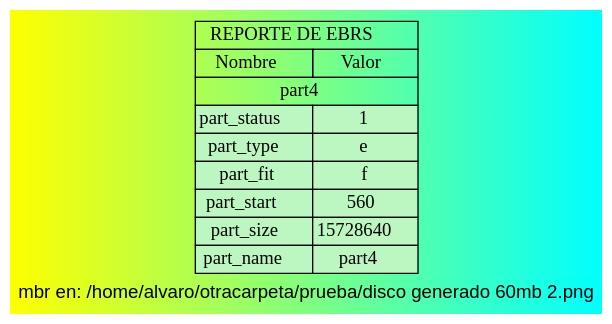
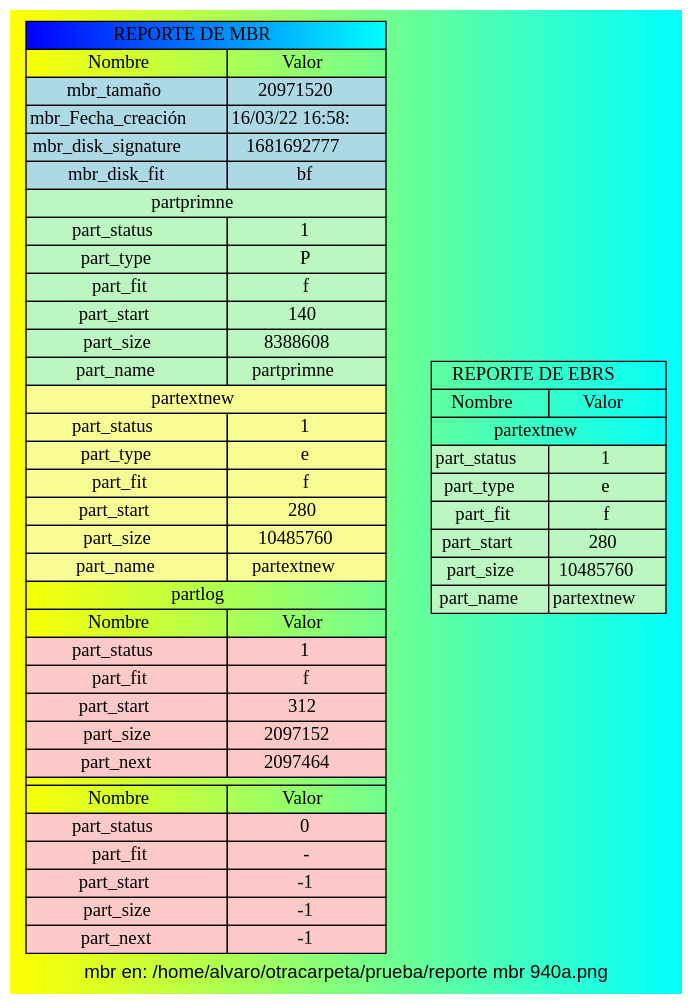
One commit to Alvaro-SP/-MIA-B-_Proyecto1_202000194 changed the diagram in src/REPORTE_MBR_202000194.dot. Above: the diagram before and after it, drawn with Graphviz. The commit also changed 15 other files, not shown here.

```diff
--- a/src/REPORTE_MBR_202000194.dot
+++ b/src/REPORTE_MBR_202000194.dot
@@ -1,104 +1,62 @@
 digraph migraph{
-     bgcolor="yellow:cyan"     gradientangle=0    label="mbr en: /home/alvaro/otracarpeta/prueba/disco generado 60mb 2.png"    fontcolor="black"    fontname="Helvetica,Arial,sans-serif"
+     bgcolor="yellow:cyan"     gradientangle=0    label="mbr en: /home/alvaro/otracarpeta/prueba/reporte mbr 940a.png"    fontcolor="black"    fontname="Helvetica,Arial,sans-serif"
 
 tbl [
 shape=plaintext
  label=<
 <table border='0' cellborder='1' cellspacing='0'>
 <tr><td colspan="3" bgcolor="blue:cyan">REPORTE DE MBR</td></tr>
 <th><td>Nombre</td><td>Valor</td></th>
-<tr><td bgcolor="lightblue">mbr_tamaño</td><td bgcolor="lightblue">62914560</td></tr>
-<tr><td bgcolor="lightblue">mbr_Fecha_creación</td><td bgcolor="lightblue">14/03/22 22:02:</td></tr>
-<tr><td bgcolor="lightblue">mbr_disk_signature</td><td bgcolor="lightblue">1804289383</td></tr>
-<tr><td bgcolor="lightblue">mbr_disk_fit</td><td bgcolor="lightblue">ff</td></tr>
-<tr><td colspan="2" bgcolor="#bcf7c1">part1</td></tr>
+<tr><td bgcolor="lightblue">mbr_tamaño</td><td bgcolor="lightblue">20971520</td></tr>
+<tr><td bgcolor="lightblue">mbr_Fecha_creación</td><td bgcolor="lightblue">16/03/22 16:58:</td></tr>
+<tr><td bgcolor="lightblue">mbr_disk_signature</td><td bgcolor="lightblue">1681692777</td></tr>
+<tr><td bgcolor="lightblue">mbr_disk_fit</td><td bgcolor="lightblue">bf</td></tr>
+<tr><td colspan="2" bgcolor="#bcf7c1">partprimne</td></tr>
 <tr><td bgcolor="#bcf7c1">part_status</td><td bgcolor="#bcf7c1">1</td></tr>
 <tr><td bgcolor="#bcf7c1">part_type</td><td bgcolor="#bcf7c1">P</td></tr>
 <tr><td bgcolor="#bcf7c1">part_fit</td><td bgcolor="#bcf7c1">f</td></tr>
 <tr><td bgcolor="#bcf7c1">part_start</td><td bgcolor="#bcf7c1">140</td></tr>
-<tr><td bgcolor="#bcf7c1">part_size</td><td bgcolor="#bcf7c1">5242880</td></tr>
-<tr><td bgcolor="#bcf7c1">part_name</td><td bgcolor="#bcf7c1">part1</td></tr>
-<tr><td colspan="2" bgcolor="#f8fc92">part2</td></tr>
+<tr><td bgcolor="#bcf7c1">part_size</td><td bgcolor="#bcf7c1">8388608</td></tr>
+<tr><td bgcolor="#bcf7c1">part_name</td><td bgcolor="#bcf7c1">partprimne</td></tr>
+<tr><td colspan="2" bgcolor="#f8fc92">partextnew</td></tr>
 <tr><td bgcolor="#f8fc92">part_status</td><td bgcolor="#f8fc92">1</td></tr>
-<tr><td bgcolor="#f8fc92">part_type</td><td bgcolor="#f8fc92">P</td></tr>
+<tr><td bgcolor="#f8fc92">part_type</td><td bgcolor="#f8fc92">e</td></tr>
 <tr><td bgcolor="#f8fc92">part_fit</td><td bgcolor="#f8fc92">f</td></tr>
 <tr><td bgcolor="#f8fc92">part_start</td><td bgcolor="#f8fc92">280</td></tr>
-<tr><td bgcolor="#f8fc92">part_size</td><td bgcolor="#f8fc92">5242880</td></tr>
-<tr><td bgcolor="#f8fc92">part_name</td><td bgcolor="#f8fc92">part2</td></tr>
-<tr><td colspan="2" bgcolor="#fcc292">part4</td></tr>
-<tr><td bgcolor="#fcc292">part_status</td><td bgcolor="#fcc292">1</td></tr>
-<tr><td bgcolor="#fcc292">part_type</td><td bgcolor="#fcc292">e</td></tr>
-<tr><td bgcolor="#fcc292">part_fit</td><td bgcolor="#fcc292">f</td></tr>
-<tr><td bgcolor="#fcc292">part_start</td><td bgcolor="#fcc292">560</td></tr>
-<tr><td bgcolor="#fcc292">part_size</td><td bgcolor="#fcc292">15728640</td></tr>
-<tr><td bgcolor="#fcc292">part_name</td><td bgcolor="#fcc292">part4</td></tr>
-<tr><td colspan="3">part6</td></tr>
+<tr><td bgcolor="#f8fc92">part_size</td><td bgcolor="#f8fc92">10485760</td></tr>
+<tr><td bgcolor="#f8fc92">part_name</td><td bgcolor="#f8fc92">partextnew</td></tr>
+<tr><td colspan="3">partlog</td></tr>
 <th><td>Nombre</td><td>Valor</td></th>
 <tr><td bgcolor="#fcc8c8">part_status</td><td bgcolor="#fcc8c8">1</td></tr>
 <tr><td bgcolor="#fcc8c8">part_fit</td><td bgcolor="#fcc8c8">f</td></tr>
-<tr><td bgcolor="#fcc8c8">part_start</td><td bgcolor="#fcc8c8">592</td></tr>
-<tr><td bgcolor="#fcc8c8">part_size</td><td bgcolor="#fcc8c8">1048576</td></tr>
-<tr><td bgcolor="#fcc8c8">part_next</td><td bgcolor="#fcc8c8">1049168</td></tr>
-<tr><td colspan="3">part7</td></tr>
-<th><td>Nombre</td><td>Valor</td></th>
-<tr><td bgcolor="#fcc8c8">part_status</td><td bgcolor="#fcc8c8">1</td></tr>
-<tr><td bgcolor="#fcc8c8">part_fit</td><td bgcolor="#fcc8c8">f</td></tr>
-<tr><td bgcolor="#fcc8c8">part_start</td><td bgcolor="#fcc8c8">1049200</td></tr>
-<tr><td bgcolor="#fcc8c8">part_size</td><td bgcolor="#fcc8c8">1048576</td></tr>
-<tr><td bgcolor="#fcc8c8">part_next</td><td bgcolor="#fcc8c8">2097776</td></tr>
-<tr><td colspan="3">part8</td></tr>
-<th><td>Nombre</td><td>Valor</td></th>
-<tr><td bgcolor="#fcc8c8">part_status</td><td bgcolor="#fcc8c8">1</td></tr>
-<tr><td bgcolor="#fcc8c8">part_fit</td><td bgcolor="#fcc8c8">f</td></tr>
-<tr><td bgcolor="#fcc8c8">part_start</td><td bgcolor="#fcc8c8">2097808</td></tr>
-<tr><td bgcolor="#fcc8c8">part_size</td><td bgcolor="#fcc8c8">1048576</td></tr>
-<tr><td bgcolor="#fcc8c8">part_next</td><td bgcolor="#fcc8c8">3146384</td></tr>
-<tr><td colspan="3">part9</td></tr>
-<th><td>Nombre</td><td>Valor</td></th>
-<tr><td bgcolor="#fcc8c8">part_status</td><td bgcolor="#fcc8c8">1</td></tr>
-<tr><td bgcolor="#fcc8c8">part_fit</td><td bgcolor="#fcc8c8">f</td></tr>
-<tr><td bgcolor="#fcc8c8">part_start</td><td bgcolor="#fcc8c8">3146416</td></tr>
-<tr><td bgcolor="#fcc8c8">part_size</td><td bgcolor="#fcc8c8">1048576</td></tr>
-<tr><td bgcolor="#fcc8c8">part_next</td><td bgcolor="#fcc8c8">4194992</td></tr>
-<tr><td colspan="3">part10</td></tr>
-<th><td>Nombre</td><td>Valor</td></th>
-<tr><td bgcolor="#fcc8c8">part_status</td><td bgcolor="#fcc8c8">1</td></tr>
-<tr><td bgcolor="#fcc8c8">part_fit</td><td bgcolor="#fcc8c8">f</td></tr>
-<tr><td bgcolor="#fcc8c8">part_start</td><td bgcolor="#fcc8c8">4195024</td></tr>
-<tr><td bgcolor="#fcc8c8">part_size</td><td bgcolor="#fcc8c8">1048576</td></tr>
-<tr><td bgcolor="#fcc8c8">part_next</td><td bgcolor="#fcc8c8">5243600</td></tr>
-<tr><td colspan="3">part11</td></tr>
-<th><td>Nombre</td><td>Valor</td></th>
-<tr><td bgcolor="#fcc8c8">part_status</td><td bgcolor="#fcc8c8">1</td></tr>
-<tr><td bgcolor="#fcc8c8">part_fit</td><td bgcolor="#fcc8c8">f</td></tr>
-<tr><td bgcolor="#fcc8c8">part_start</td><td bgcolor="#fcc8c8">5243632</td></tr>
-<tr><td bgcolor="#fcc8c8">part_size</td><td bgcolor="#fcc8c8">3145728</td></tr>
-<tr><td bgcolor="#fcc8c8">part_next</td><td bgcolor="#fcc8c8">8389360</td></tr>
+<tr><td bgcolor="#fcc8c8">part_start</td><td bgcolor="#fcc8c8">312</td></tr>
+<tr><td bgcolor="#fcc8c8">part_size</td><td bgcolor="#fcc8c8">2097152</td></tr>
+<tr><td bgcolor="#fcc8c8">part_next</td><td bgcolor="#fcc8c8">2097464</td></tr>
 <tr><td colspan="3"></td></tr>
 <th><td>Nombre</td><td>Valor</td></th>
 <tr><td bgcolor="#fcc8c8">part_status</td><td bgcolor="#fcc8c8">0</td></tr>
 <tr><td bgcolor="#fcc8c8">part_fit</td><td bgcolor="#fcc8c8">-</td></tr>
 <tr><td bgcolor="#fcc8c8">part_start</td><td bgcolor="#fcc8c8">-1</td></tr>
 <tr><td bgcolor="#fcc8c8">part_size</td><td bgcolor="#fcc8c8">-1</td></tr>
 <tr><td bgcolor="#fcc8c8">part_next</td><td bgcolor="#fcc8c8">-1</td></tr>
 </table>
 >];
 
 
 
-tbl [
+tbl3 [
 shape=plaintext
  label=<
 <table border='0' cellborder='1' cellspacing='0'>
 <tr><td colspan="3">REPORTE DE EBRS</td></tr>
 <th><td>Nombre</td><td>Valor</td></th>
-<tr><td colspan="3">part4</td></tr>
+<tr><td colspan="3">partextnew</td></tr>
 <tr><td bgcolor="#bcf7c1">part_status</td><td bgcolor="#bcf7c1">1</td></tr>
 <tr><td bgcolor="#bcf7c1">part_type</td><td bgcolor="#bcf7c1">e</td></tr>
 <tr><td bgcolor="#bcf7c1">part_fit</td><td bgcolor="#bcf7c1">f</td></tr>
-<tr><td bgcolor="#bcf7c1">part_start</td><td bgcolor="#bcf7c1">560</td></tr>
-<tr><td bgcolor="#bcf7c1">part_size</td><td bgcolor="#bcf7c1">15728640</td></tr>
-<tr><td bgcolor="#bcf7c1">part_name</td><td bgcolor="#bcf7c1">part4</td></tr>
+<tr><td bgcolor="#bcf7c1">part_start</td><td bgcolor="#bcf7c1">280</td></tr>
+<tr><td bgcolor="#bcf7c1">part_size</td><td bgcolor="#bcf7c1">10485760</td></tr>
+<tr><td bgcolor="#bcf7c1">part_name</td><td bgcolor="#bcf7c1">partextnew</td></tr>
 </table>
 >];
 }
```
